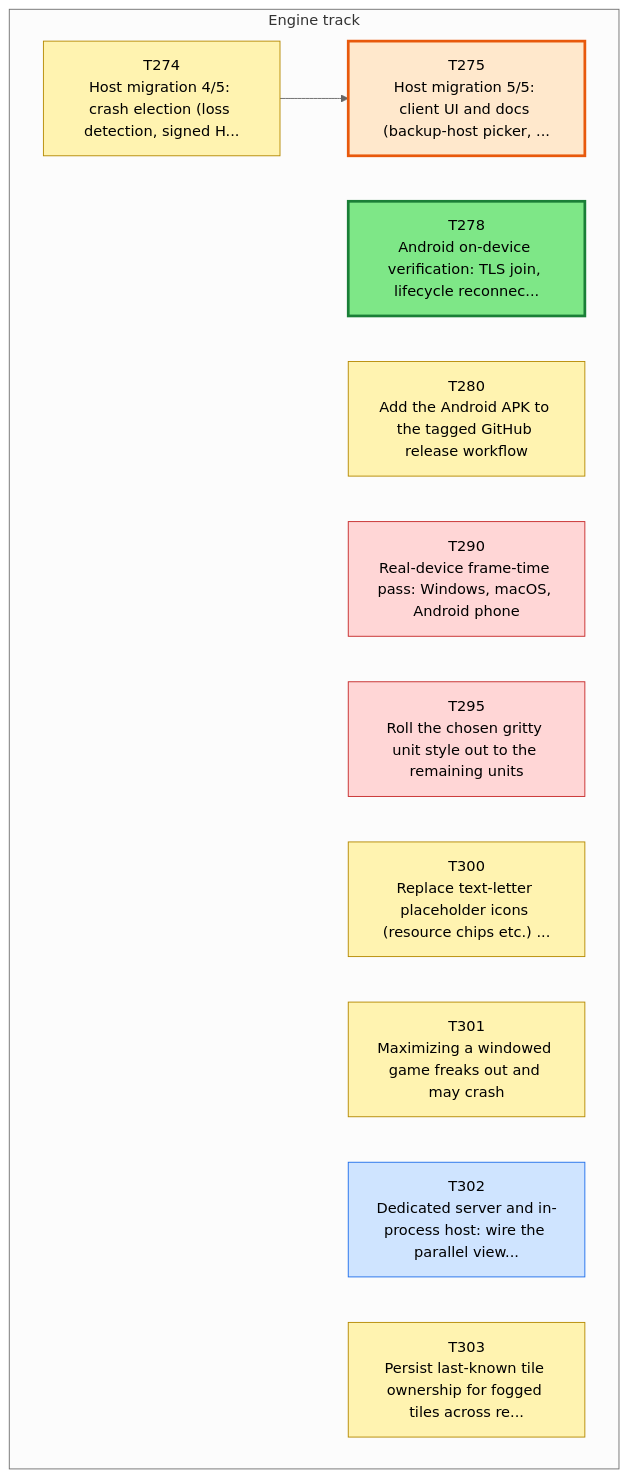
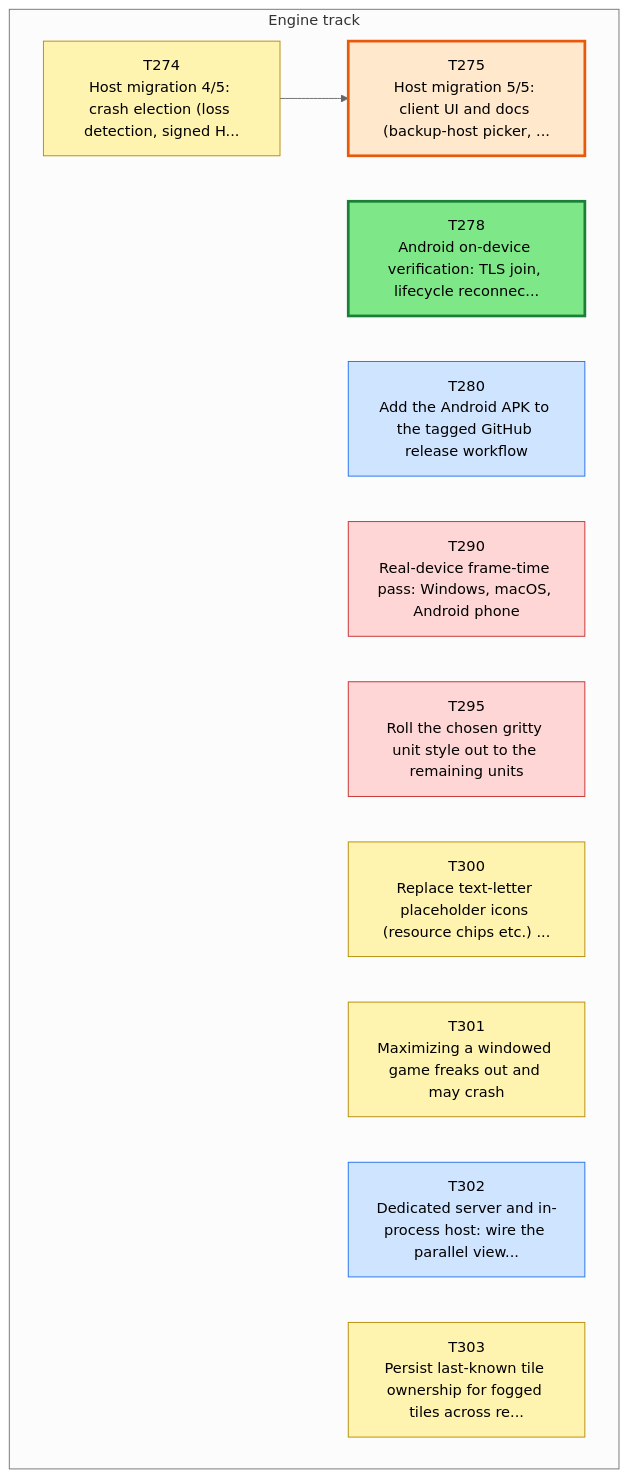
Before and after one commit to Kenmura/Unciv: the first of 3 diagrams in csharp/migration/DEPENDENCY_MAP.md, drawn with Mermaid (neutral theme). The commit also changed other lines of this file and 5 other files, not shown here.

````diff
--- a/csharp/migration/DEPENDENCY_MAP.md
+++ b/csharp/migration/DEPENDENCY_MAP.md
@@ -35,33 +35,33 @@
 ```mermaid
 flowchart TD
   subgraph TTRACK["Engine track"]
     T274["T274<br/>Host migration 4/5: crash election (loss detection, signed H..."]
     T275["T275<br/>Host migration 5/5: client UI and docs (backup-host picker, ..."]
     T278["T278<br/>Android on-device verification: TLS join, lifecycle reconnec..."]
     T280["T280<br/>Add the Android APK to the tagged GitHub release workflow"]
     T290["T290<br/>Real-device frame-time pass: Windows, macOS, Android phone"]
     T295["T295<br/>Roll the chosen gritty unit style out to the remaining units"]
     T300["T300<br/>Replace text-letter placeholder icons (resource chips etc.) ..."]
     T301["T301<br/>Maximizing a windowed game freaks out and may crash"]
     T302["T302<br/>Dedicated server and in-process host: wire the parallel view..."]
     T303["T303<br/>Persist last-known tile ownership for fogged tiles across re..."]
   end
   T274 --> T275
   classDef waiting fill:#f3faf3,stroke:#9bc49b,color:#555,stroke-dasharray:2 2
   classDef ondeck fill:#ffe8cc,stroke:#e8590c,stroke-width:3px,color:#000
   classDef ready fill:#7ee787,stroke:#1a7f37,stroke-width:3px,color:#000
   classDef prog fill:#fff3b0,stroke:#b58900,color:#000
   classDef review fill:#cfe4ff,stroke:#1f6feb,color:#000
   classDef blocked fill:#ffd6d6,stroke:#c62828,color:#000
   classDef done fill:#eeeeee,stroke:#999999,color:#666,stroke-dasharray:4 3
   class T274 prog
   class T275 ondeck
   class T278 ready
-  class T280 prog
+  class T280 review
   class T290 blocked
   class T295 blocked
   class T300 prog
   class T301 prog
   class T302 review
   class T303 prog
 ```
````
